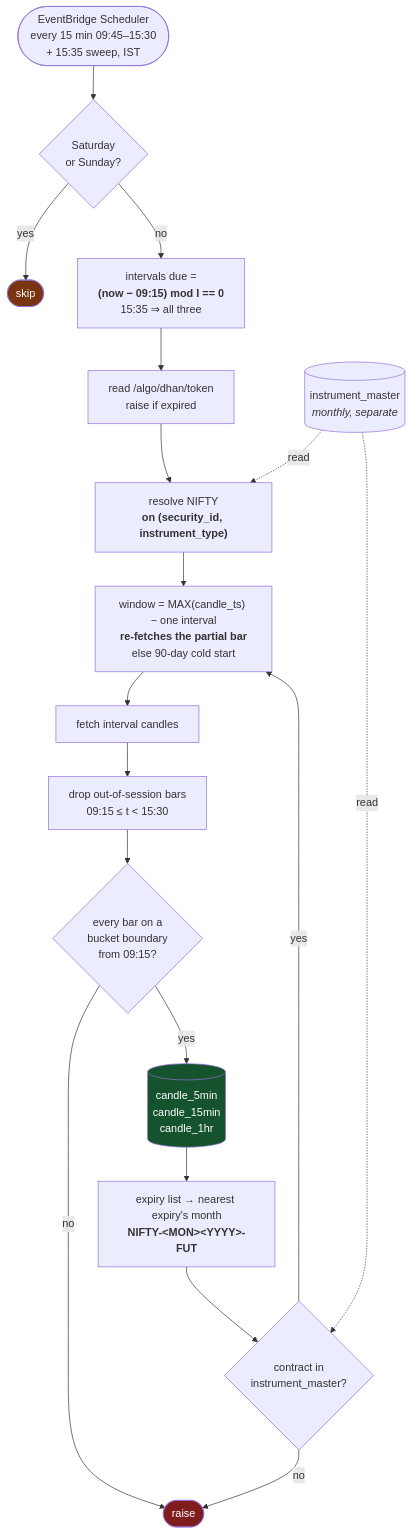
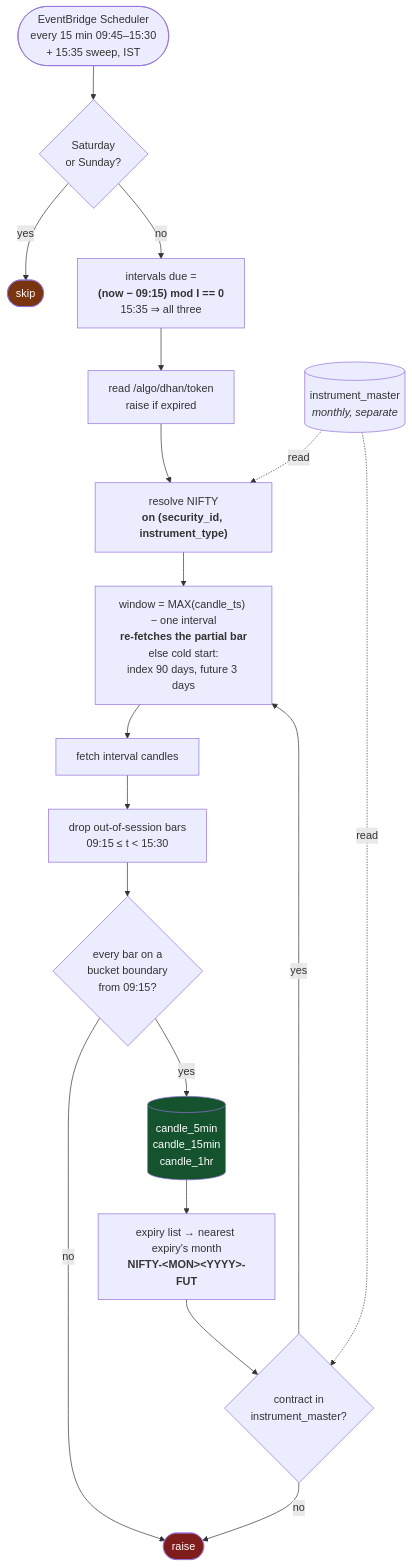
Before and after one commit to amar7585/aws-algo-claude: the fifth of 7 diagrams in docs/flow.md, drawn with Mermaid. The commit also changed 9 other files, not shown here.

````diff
--- a/docs/flow.md
+++ b/docs/flow.md
@@ -274,28 +274,28 @@
 ```mermaid
 flowchart TD
     START(["EventBridge Scheduler<br/>every 15 min 09:45–15:30<br/>+ 15:35 sweep, IST"]) --> WKND{"Saturday<br/>or Sunday?"}
     WKND -->|yes| SKIP(["skip"])
     WKND -->|no| DUE["intervals due =<br/><b>(now − 09:15) mod I == 0</b><br/>15:35 ⇒ all three"]
 
     DUE --> TOK["read /algo/dhan/token<br/>raise if expired"]
     TOK --> NIFTY["resolve NIFTY<br/><b>on (security_id, instrument_type)</b>"]
 
-    NIFTY --> WIN["window = MAX(candle_ts) − one interval<br/><b>re-fetches the partial bar</b><br/>else 90-day cold start"]
+    NIFTY --> WIN["window = MAX(candle_ts) − one interval<br/><b>re-fetches the partial bar</b><br/>else cold start:<br/>index 90 days, future 3 days"]
     WIN --> FETCH["fetch interval candles"]
     FETCH --> FILTER["drop out-of-session bars<br/>09:15 ≤ t &lt; 15:30"]
     FILTER --> ALIGN{"every bar on a<br/>bucket boundary<br/>from 09:15?"}
     ALIGN -->|no| RAISE(["raise"])
     ALIGN -->|yes| UPSERT[("candle_5min<br/>candle_15min<br/>candle_1hr")]
 
     UPSERT --> EXP["expiry list → nearest expiry's month<br/><b>NIFTY-&lt;MON&gt;&lt;YYYY&gt;-FUT</b>"]
     EXP --> FUT{"contract in<br/>instrument_master?"}
     FUT -->|no| RAISE
     FUT -->|yes| WIN
 
     IM[("instrument_master<br/><i>monthly, separate</i>")] -.read.-> NIFTY
     IM -.read.-> FUT
 
     style SKIP fill:#78350f,color:#fff
     style RAISE fill:#7f1d1d,color:#fff
     style UPSERT fill:#14532d,color:#fff
 ```
````
